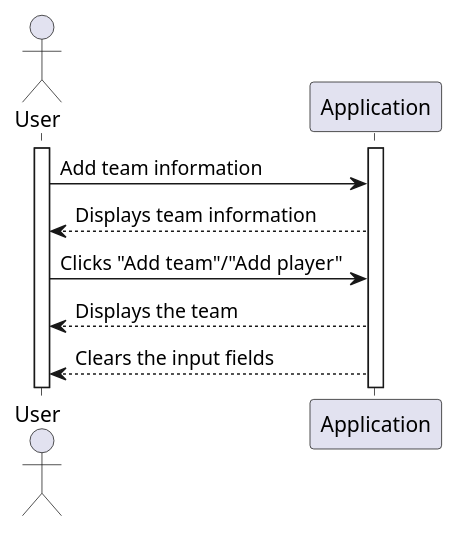
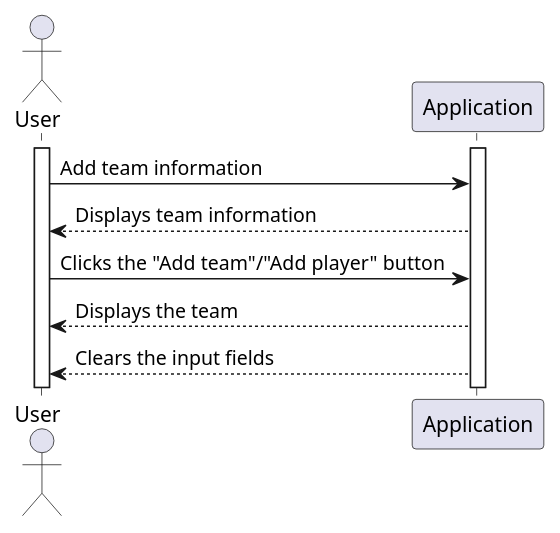
The diagram in ProjektUML/SequencediagramUserAppData/sequence_diagram_addTeam.wsd (itzMesh/DCST1008-Prosjekt), drawn with PlantUML before and after one commit. The commit also changed 7 other files, not shown here.

Commit message:
uml typos

```diff
--- a/ProjektUML/SequencediagramUserAppData/sequence_diagram_addTeam.wsd
+++ b/ProjektUML/SequencediagramUserAppData/sequence_diagram_addTeam.wsd
@@ -1,16 +1,16 @@
 @startuml addTeam
 
 actor User as U
 participant Application as A
 
 activate U
 activate A
 
 U->A: Add team information
 A-->U: Displays team information
-U->A: Clicks "Add team"/"Add player"
+U->A: Clicks the "Add team"/"Add player" button
 A-->U: Displays the team
 A-->U: Clears the input fields
 
 
 @enduml
```
